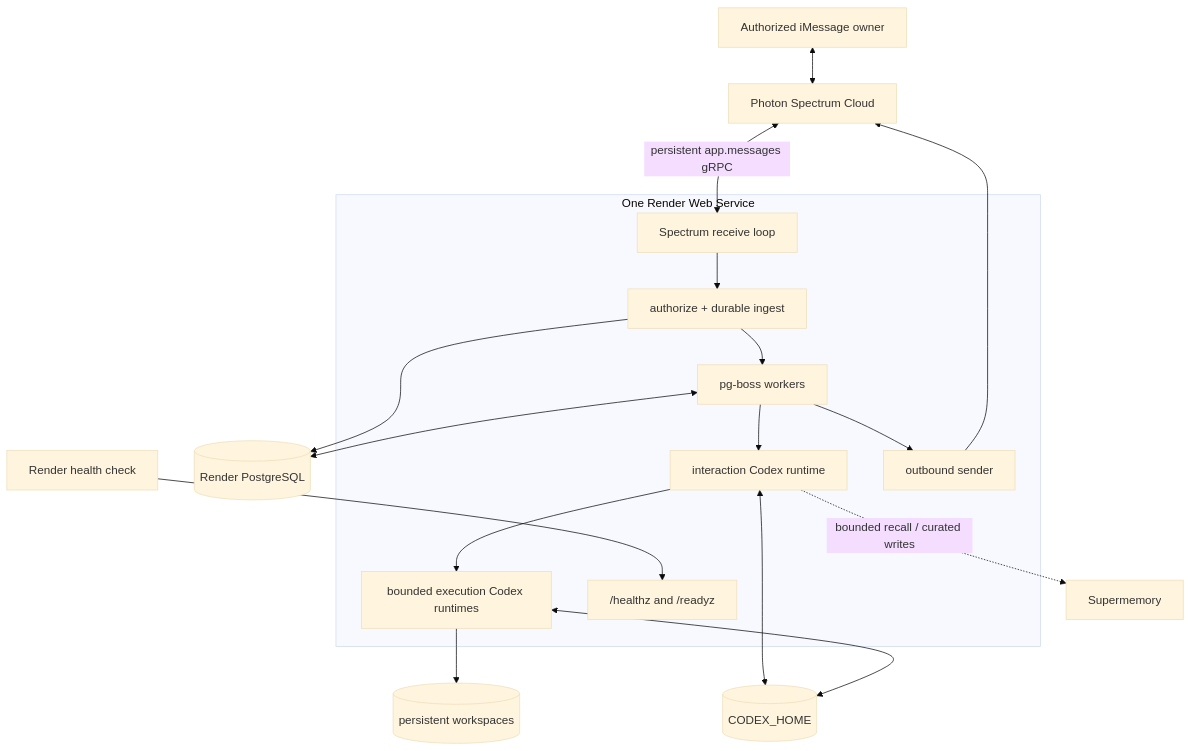
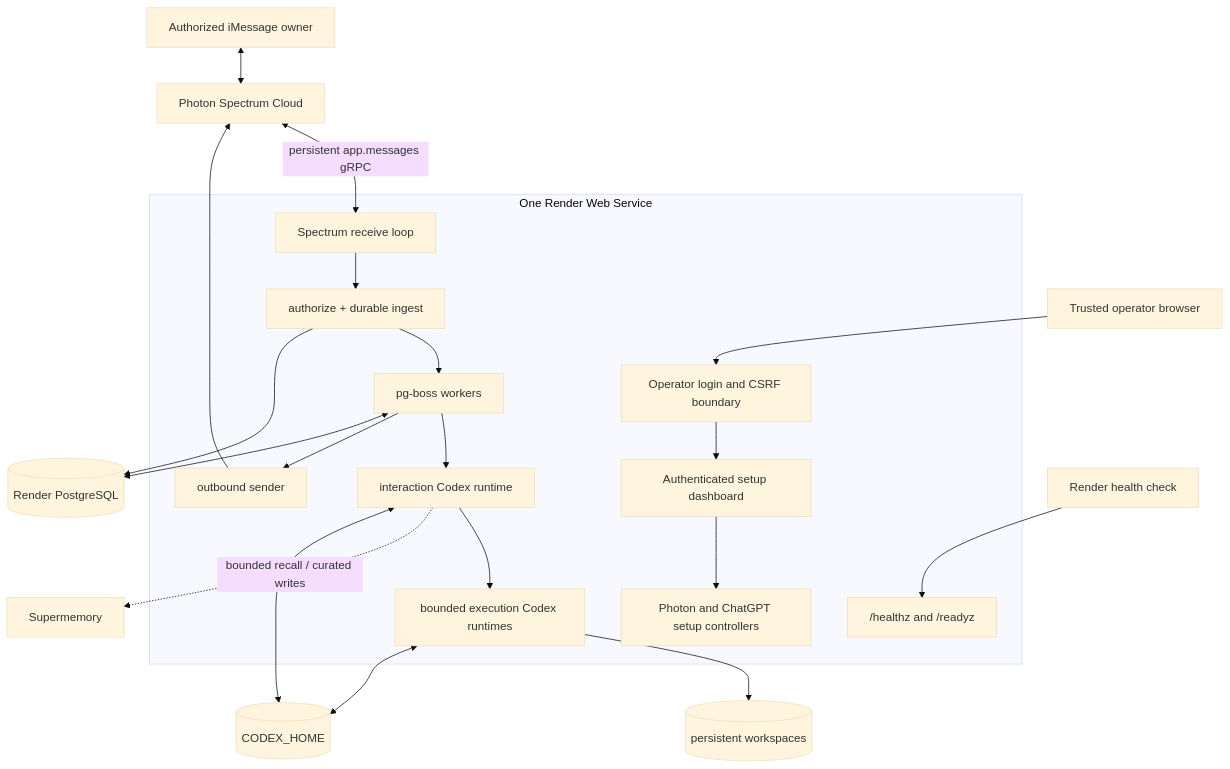
Before and after one commit to tecxbro/iMessage-agent-render: the first of 3 diagrams in docs/ARCHITECTURE.md, drawn with Mermaid (base theme). The commit also changed other lines of this file and 29 other files, not shown here.

Commit message:
security: add authenticated dashboard setup boundary

````diff
--- a/docs/ARCHITECTURE.md
+++ b/docs/ARCHITECTURE.md
@@ -30,24 +30,29 @@
 ```mermaid
 flowchart TB
   U["Authorized iMessage owner"] <--> P["Photon Spectrum Cloud"]
   P <-->|"persistent app.messages gRPC"| T["Spectrum receive loop"]
+  B["Trusted operator browser"]
 
   subgraph W["One Render Web Service"]
+    L["Operator login and CSRF boundary"]
+    L --> DSH["Authenticated setup dashboard"]
+    DSH --> PS["Photon and ChatGPT setup controllers"]
     T --> A["authorize + durable ingest"]
     A --> Q["pg-boss workers"]
     Q --> I["interaction Codex runtime"]
     I --> E["bounded execution Codex runtimes"]
     Q --> O["outbound sender"]
     H["/healthz and /readyz"]
   end
 
   A --> DB[("Render PostgreSQL")]
   Q <--> DB
   O --> P
   I -. "bounded recall / curated writes" .-> SM["Supermemory"]
   E --> WS[("persistent workspaces")]
   I <--> CH[("CODEX_HOME")]
   E <--> CH
 
+  B --> L
   R["Render health check"] --> H
 ```
````
